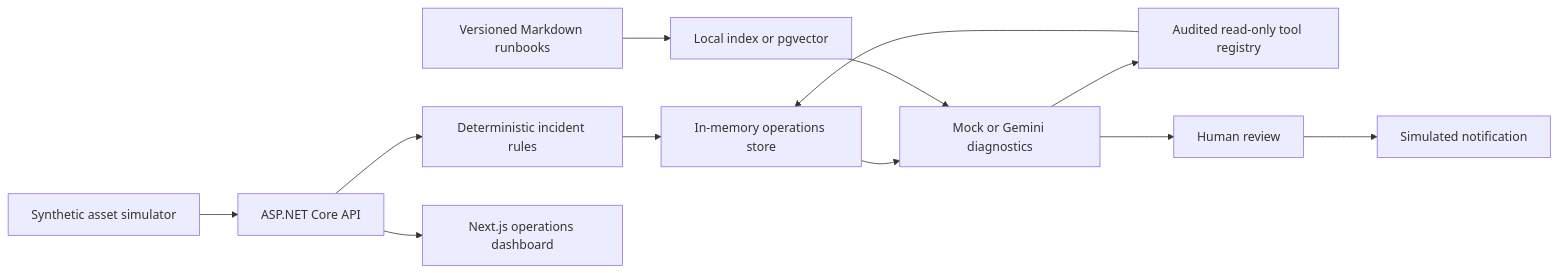
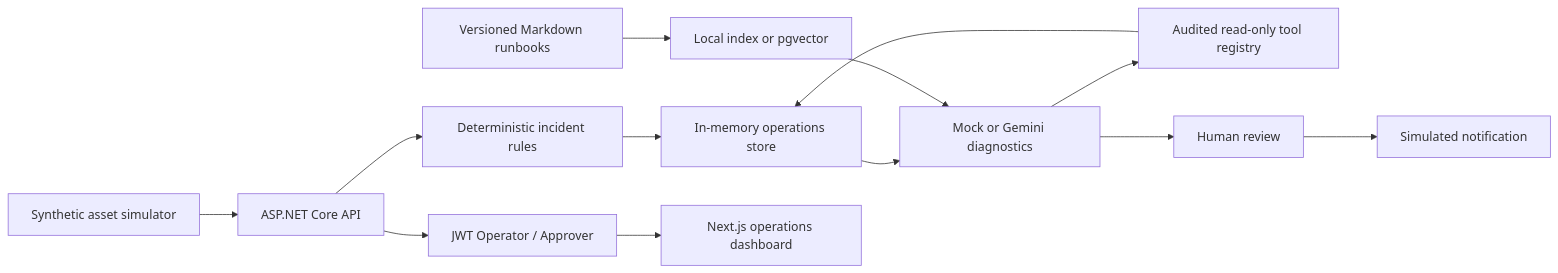
Before and after one commit to engmarconi/connected-operations-copilot: the diagram in README.md, drawn with Mermaid. The commit also changed other lines of this file and 10 other files, not shown here.

````diff
--- a/README.md
+++ b/README.md
@@ -35,14 +35,15 @@
 ```mermaid
 flowchart LR
     Simulator[Synthetic asset simulator] --> API[ASP.NET Core API]
     API --> Rules[Deterministic incident rules]
     Rules --> Store[In-memory operations store]
     Store --> Diagnostic[Mock or Gemini diagnostics]
     Runbooks[Versioned Markdown runbooks] --> Retrieval[Local index or pgvector]
     Retrieval --> Diagnostic
     Diagnostic --> Tools[Audited read-only tool registry]
     Tools --> Store
     Diagnostic --> Review[Human review]
     Review --> Action[Simulated notification]
-    API --> Web[Next.js operations dashboard]
+    API --> Auth[JWT Operator / Approver]
+    Auth --> Web[Next.js operations dashboard]
 ```
````
